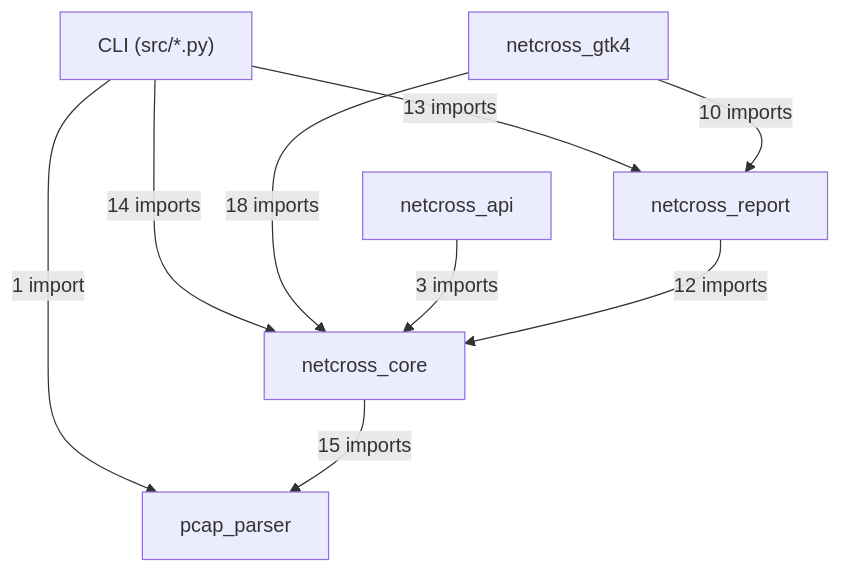
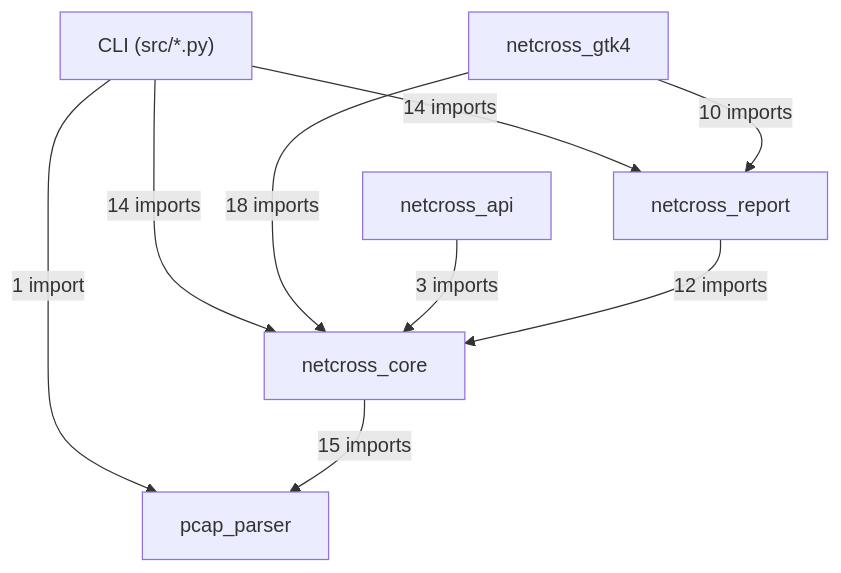
The first of 16 diagrams in docs/class-diagram.md (MathildeDec/Netcross), drawn with Mermaid before and after one commit. The commit also changed other lines of this file and 8 other files, not shown here.

````diff
--- a/docs/class-diagram.md
+++ b/docs/class-diagram.md
@@ -26,17 +26,17 @@
 ```mermaid
 flowchart TD
     CLI["CLI (src/*.py)"]
     netcross_gtk4["netcross_gtk4"]
     netcross_api["netcross_api"]
     netcross_report["netcross_report"]
     netcross_core["netcross_core"]
     pcap_parser["pcap_parser"]
-    CLI -->|"13 imports"| netcross_report
+    CLI -->|"14 imports"| netcross_report
     CLI -->|"14 imports"| netcross_core
     CLI -->|"1 import"| pcap_parser
     netcross_gtk4 -->|"10 imports"| netcross_report
     netcross_gtk4 -->|"18 imports"| netcross_core
     netcross_api -->|"3 imports"| netcross_core
     netcross_report -->|"12 imports"| netcross_core
     netcross_core -->|"15 imports"| pcap_parser
 ```
````
